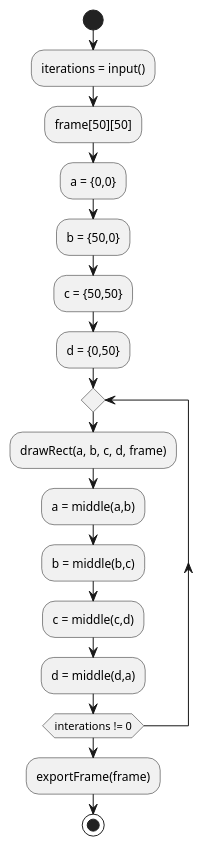
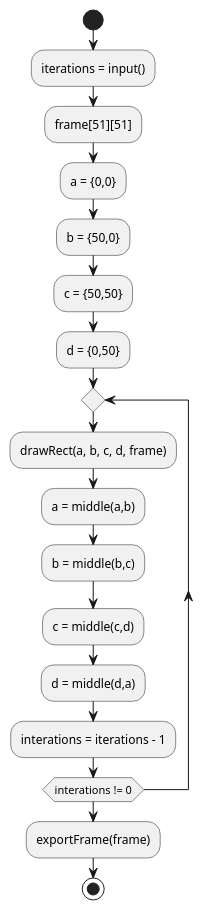
The diagram in algorithm.wsd (Maytastico/Linus-PE-2022), drawn with PlantUML before and after one commit. The commit also changed 2 other files, not shown here.

```diff
--- a/algorithm.wsd
+++ b/algorithm.wsd
@@ -1,20 +1,21 @@
 @startuml
 start
 :iterations = input();
-:frame[50][50];
+:frame[51][51];
 :a = {0,0}; 
 :b = {50,0};
 :c = {50,50};
 :d = {0,50};
 
 repeat
     :drawRect(a, b, c, d, frame);
     :a = middle(a,b);
     :b = middle(b,c);
     :c = middle(c,d);
     :d = middle(d,a);
+    :interations = iterations - 1;
 repeat while (interations != 0)
 
 :exportFrame(frame);
 stop
 @enduml
```
